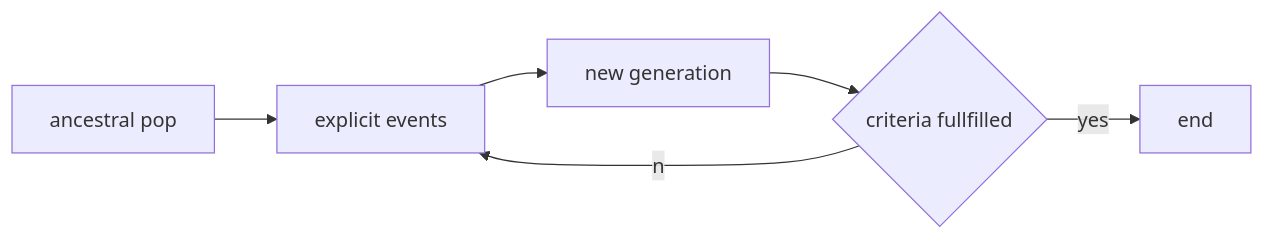
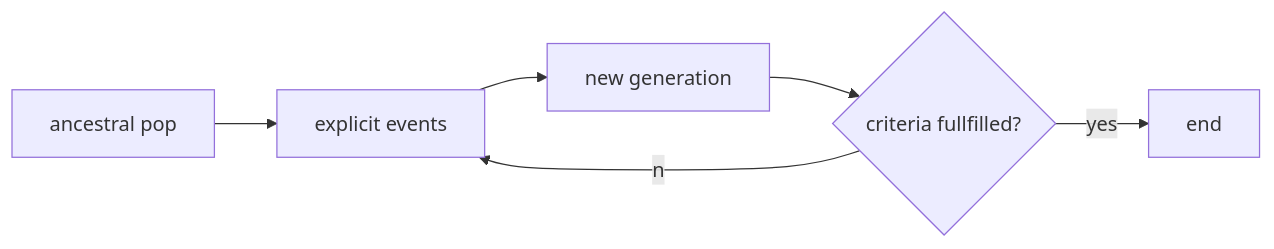
One commit to Jcbnunez/uvm-fqr changed the first of 3 diagrams in Lectures/Lect5_Simulation_frameworks.md. Above: the diagram before and after it, drawn with Mermaid. The commit also changed other lines of this file, not shown here.

````diff
--- a/Lectures/Lect5_Simulation_frameworks.md
+++ b/Lectures/Lect5_Simulation_frameworks.md
@@ -79,5 +79,5 @@
 ```mermaid
 graph LR
-a[ancestral pop] --> b[explicit events] --> c[new generation] --> e{criteria fullfilled} --yes--> f[end]
+a[ancestral pop] --> b[explicit events] --> c[new generation] --> e{criteria fullfilled?} --yes--> f[end]
 e --no--> b
 ```
````
